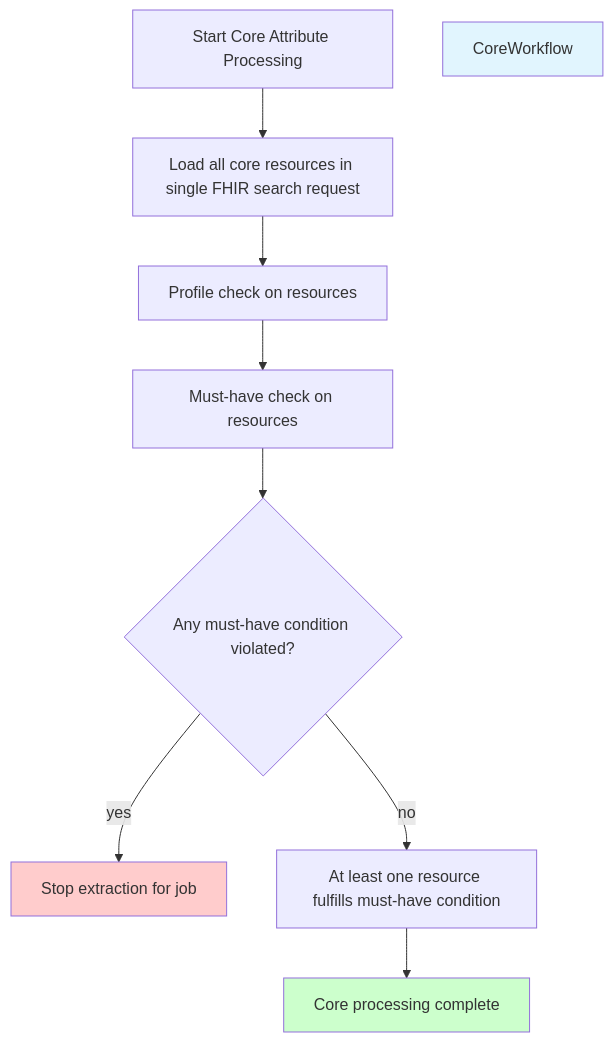
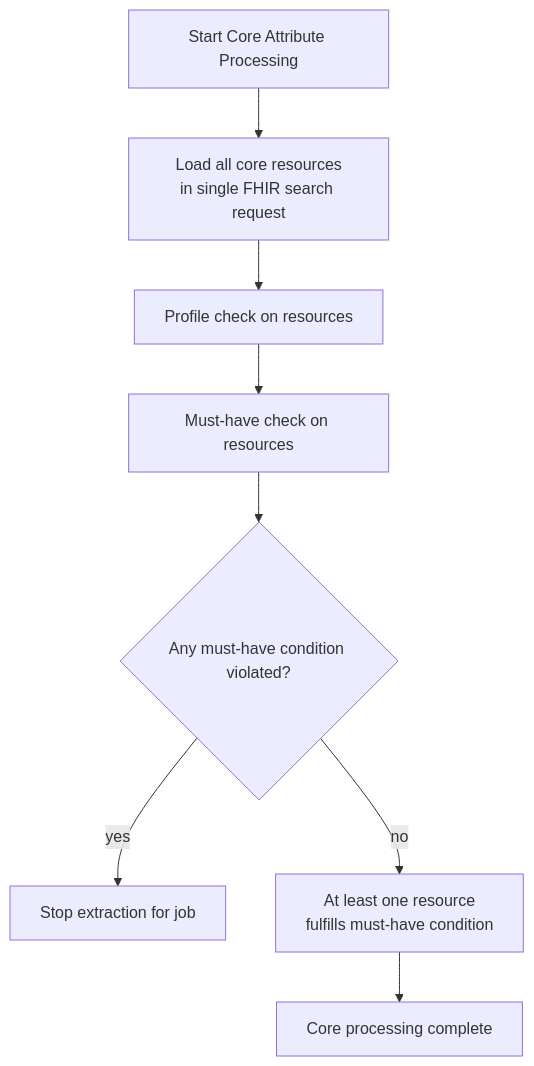
The first of 2 diagrams in docs/implementation/direct-load.md (medizininformatik-initiative/torch), drawn with Mermaid before and after one commit. The commit also changed other lines of this file and 9 other files, not shown here.

````diff
--- a/docs/implementation/direct-load.md
+++ b/docs/implementation/direct-load.md
@@ -29,13 +29,12 @@
 ```mermaid
 flowchart TD
-	Start[Start Core Attribute Processing] --> Load[Load all core resources in single FHIR search request]
+	Start[Start Core Attribute Processing] --> Load["Load all core resources<br/>in single FHIR search request"]
 	Load --> Profile[Profile check on resources]
 	Profile --> MustHave[Must-have check on resources]
 	MustHave --> Check{Any must-have condition violated?}
 	Check -->|yes| Stop[Stop extraction for job]
-    Check -->|no| Global[At least one resource fulfills must-have condition]
+    Check -->|no| Global["At least one resource<br/>fulfills must-have condition"]
 	Global --> Complete[Core processing complete]
-	style Stop fill: #ffcccc
-	style Complete fill: #ccffcc
-    style CoreWorkflow fill: #e1f5fe
+	class Stop errorNode
+	class Complete successNode
 ```
````
